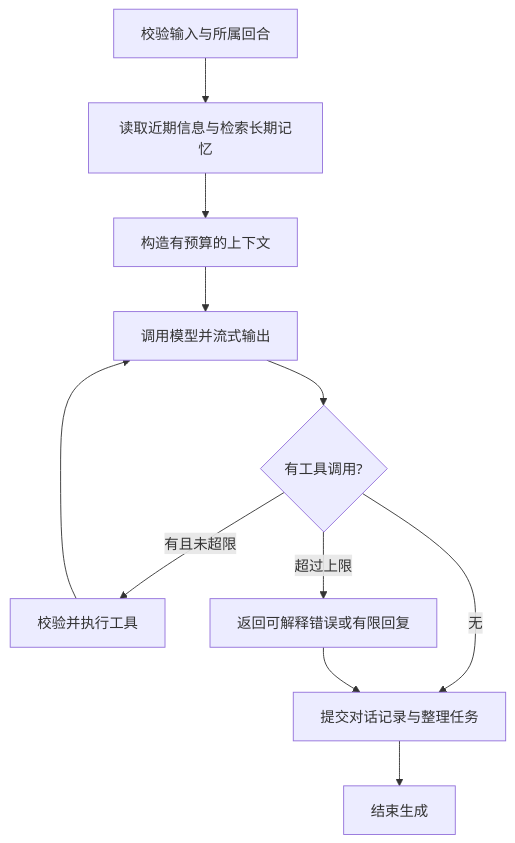
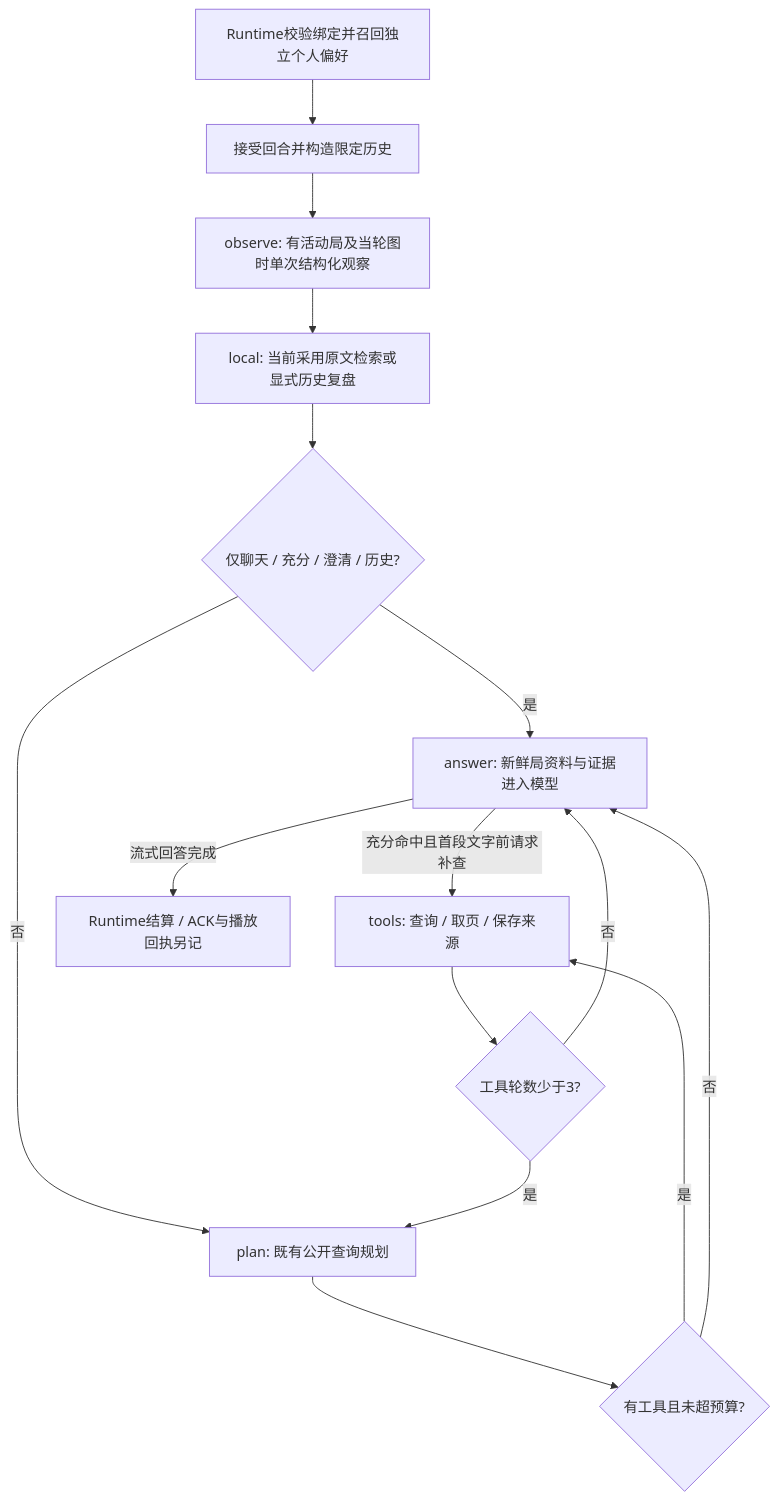
Before and after one commit to FrigidCrow/ai-neko: the second of 2 diagrams in docs/ARCHITECTURE.md, drawn with Mermaid. The commit also changed other lines of this file and 111 other files, not shown here.

````diff
--- a/docs/ARCHITECTURE.md
+++ b/docs/ARCHITECTURE.md
@@ -32,13 +32,17 @@
 ```mermaid
 flowchart TD
-    A[校验输入与所属回合] --> B[读取近期信息与检索长期记忆]
-    B --> C[构造有预算的上下文]
-    C --> D[调用模型并流式输出]
-    D --> E{有工具调用?}
-    E -->|有且未超限| F[校验并执行工具]
-    F --> D
-    E -->|无| G[提交对话记录与整理任务]
-    G --> H[结束生成]
-    E -->|超过上限| I[返回可解释错误或有限回复]
-    I --> G
+    A[Runtime校验绑定并召回独立个人偏好] --> B[接受回合并构造限定历史]
+    B --> C[observe: 有活动局及当轮图时单次结构化观察]
+    C --> L[local: 当前采用原文检索或显式历史复盘]
+    L --> E{仅聊天 / 充分 / 澄清 / 历史?}
+    E -->|是| D[answer: 新鲜局资料与证据进入模型]
+    E -->|否| P[plan: 既有公开查询规划]
+    P --> F{有工具且未超预算?}
+    F -->|是| T[tools: 查询 / 取页 / 保存来源]
+    T --> Q{工具轮数少于3?}
+    Q -->|是| P
+    Q -->|否| D
+    F -->|否| D
+    D -->|充分命中且首段文字前请求补查| T
+    D -->|流式回答完成| G[Runtime结算 / ACK与播放回执另记]
 ```
````
